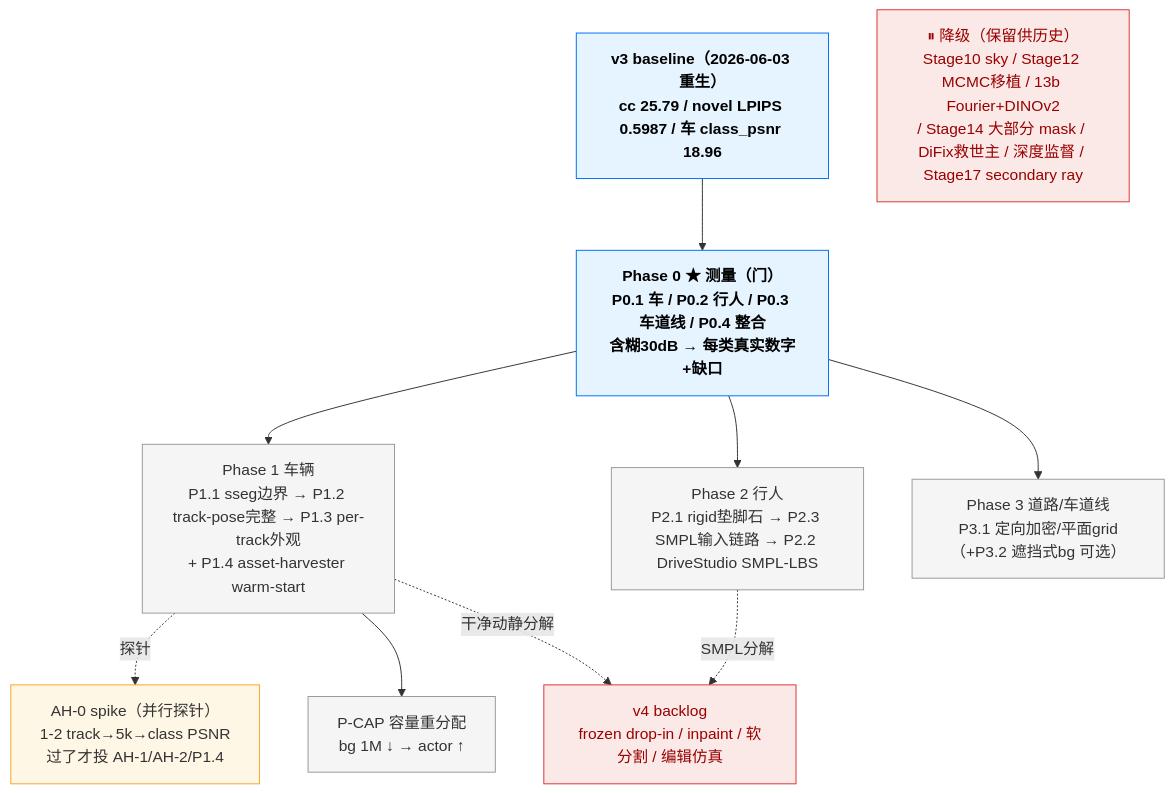
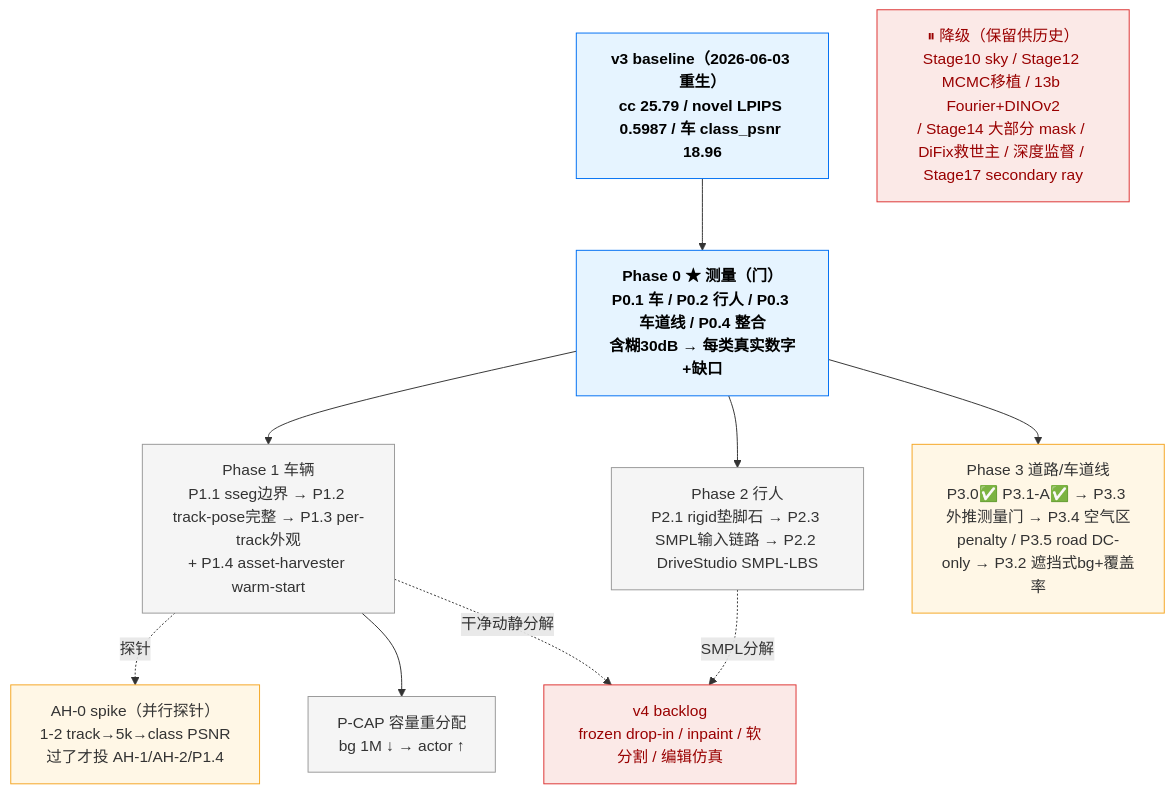
One commit to etendue/3dgrut changed the second of 2 diagrams in v3_plan_revised.md. Above: the diagram before and after it, drawn with Mermaid. The commit also changed other lines of this file, not shown here.

First line of the commit message:
docs(plan): P3.3-P3.5 立项 — road/bg 耦合 + 3m/6m 外推诊断入档

````diff
--- a/v3_plan_revised.md
+++ b/v3_plan_revised.md
@@ -155,28 +161,28 @@
 ```mermaid
 flowchart TD
   classDef gate fill:#e6f4ff,stroke:#0070f3,color:#000,font-weight:bold
   classDef todo fill:#f5f5f5,stroke:#999,color:#333
   classDef wip fill:#fff7e6,stroke:#f5a623,color:#333
   classDef drop fill:#fbe9e7,stroke:#d33,color:#900
 
   base["v3 baseline（2026-06-03 重生）<br/>cc 25.79 / novel LPIPS 0.5987 / 车 class_psnr 18.96"]:::gate
   P0["Phase 0 ★ 测量（门）<br/>P0.1 车 / P0.2 行人 / P0.3 车道线 / P0.4 整合<br/>含糊30dB → 每类真实数字+缺口"]:::gate
 
   P1["Phase 1 车辆<br/>P1.1 sseg边界 → P1.2 track-pose完整 → P1.3 per-track外观<br/>+ P1.4 asset-harvester warm-start"]:::todo
   AH["AH-0 spike（并行探针）<br/>1-2 track→5k→class PSNR<br/>过了才投 AH-1/AH-2/P1.4"]:::wip
   P2["Phase 2 行人<br/>P2.1 rigid垫脚石 → P2.3 SMPL输入链路 → P2.2 DriveStudio SMPL-LBS"]:::todo
-  P3["Phase 3 道路/车道线<br/>P3.1 定向加密/平面grid（+P3.2 遮挡式bg 可选）"]:::todo
+  P3["Phase 3 道路/车道线<br/>P3.0✅ P3.1-A✅ → P3.3 外推测量门 → P3.4 空气区penalty / P3.5 road DC-only → P3.2 遮挡式bg+覆盖率"]:::wip
   CAP["P-CAP 容量重分配<br/>bg 1M ↓ → actor ↑"]:::todo
 
   DROP["⏸ 降级（保留供历史）<br/>Stage10 sky / Stage12 MCMC移植 / 13b Fourier+DINOv2<br/>/ Stage14 大部分 mask / DiFix救世主 / 深度监督 / Stage17 secondary ray"]:::drop
   V4["v4 backlog<br/>frozen drop-in / inpaint / 软分割 / 编辑仿真"]:::drop
 
   base --> P0
   P0 --> P1
   P0 --> P2
   P0 --> P3
   P1 -.探针.-> AH
   P1 --> CAP
   P1 -.干净动静分解.-> V4
   P2 -.SMPL分解.-> V4
 ```
````
